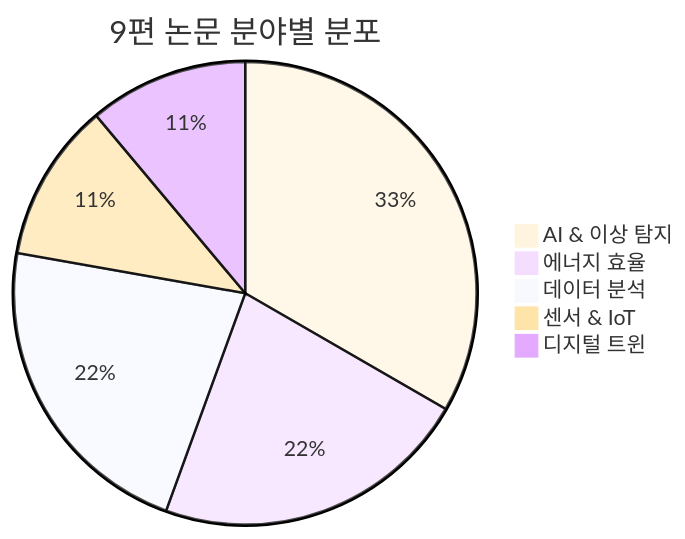
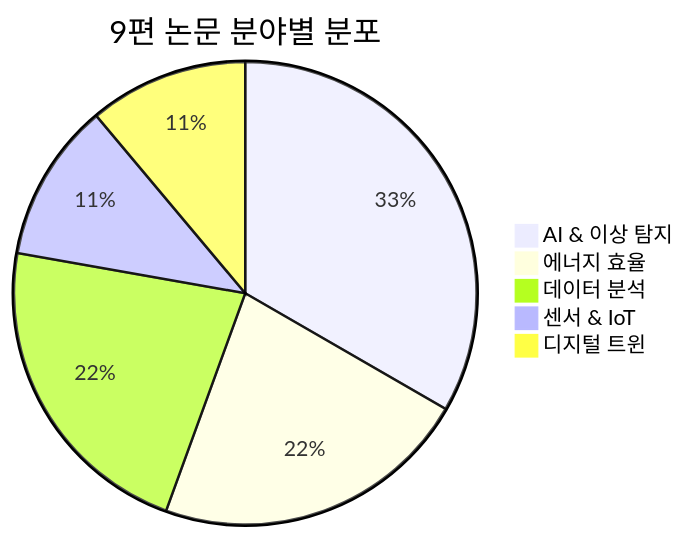
One commit to moobaek/Testing_AI_agents_for_public_use changed the sixth of 12 diagrams in portfolio/portfolio_docs/Executive_Summary/04_Visual_Portfolio.md. Above: the diagram before and after it, drawn with Mermaid. The commit also changed other lines of this file and 16 other files, not shown here.

First line of the commit message:
포트폴리오 문서 업데이트: GS 인증 정보 수정, Mermaid 다이어그램 옵시디언 호환성 개선, 개인 프로필 추가

````diff
--- a/portfolio/portfolio_docs/Executive_Summary/04_Visual_Portfolio.md
+++ b/portfolio/portfolio_docs/Executive_Summary/04_Visual_Portfolio.md
@@ -202,9 +204,8 @@
 ```mermaid
-%%{init: {'theme':'base'}}%%
 pie title 9편 논문 분야별 분포
     "AI & 이상 탐지" : 3
     "에너지 효율" : 2
     "데이터 분석" : 2
     "센서 & IoT" : 1
     "디지털 트윈" : 1
 ```
````
